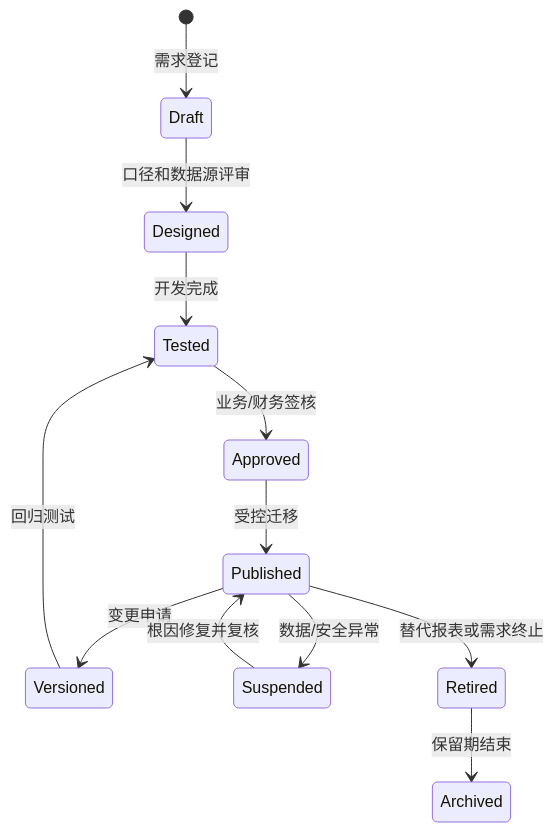
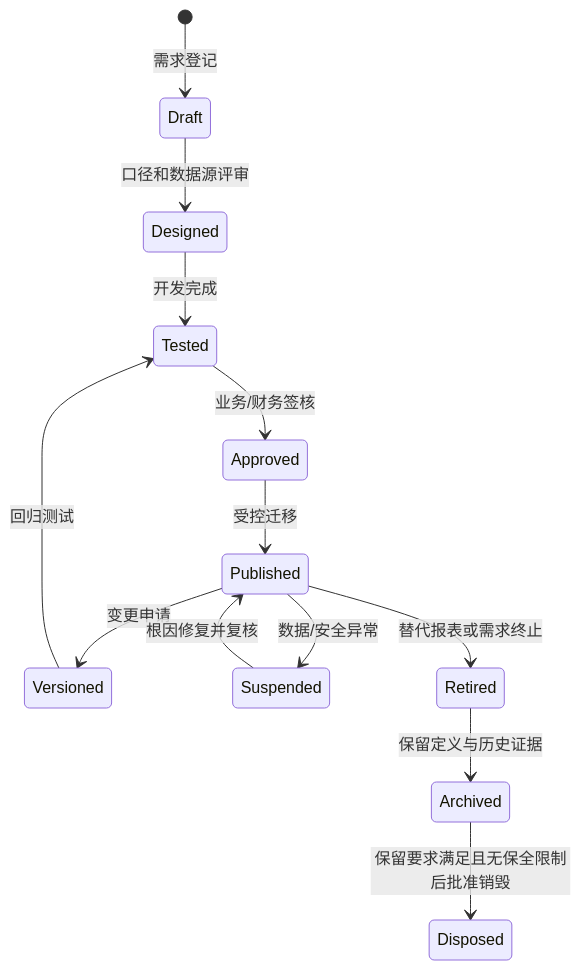
The third of 7 diagrams in docs/08-reporting-governance.md (YaodongJava/oracle-ebs), drawn with Mermaid before and after one commit. The commit also changed other lines of this file and 1 other file, not shown here.

````diff
--- a/docs/08-reporting-governance.md
+++ b/docs/08-reporting-governance.md
@@ -136,14 +143,15 @@
 ```mermaid
 stateDiagram-v2
     [*] --> Draft: 需求登记
     Draft --> Designed: 口径和数据源评审
     Designed --> Tested: 开发完成
     Tested --> Approved: 业务/财务签核
     Approved --> Published: 受控迁移
     Published --> Versioned: 变更申请
     Versioned --> Tested: 回归测试
     Published --> Suspended: 数据/安全异常
     Suspended --> Published: 根因修复并复核
     Published --> Retired: 替代报表或需求终止
-    Retired --> Archived: 保留期结束
+    Retired --> Archived: 保留定义与历史证据
+    Archived --> Disposed: 保留要求满足且无保全限制后批准销毁
 ```
````
